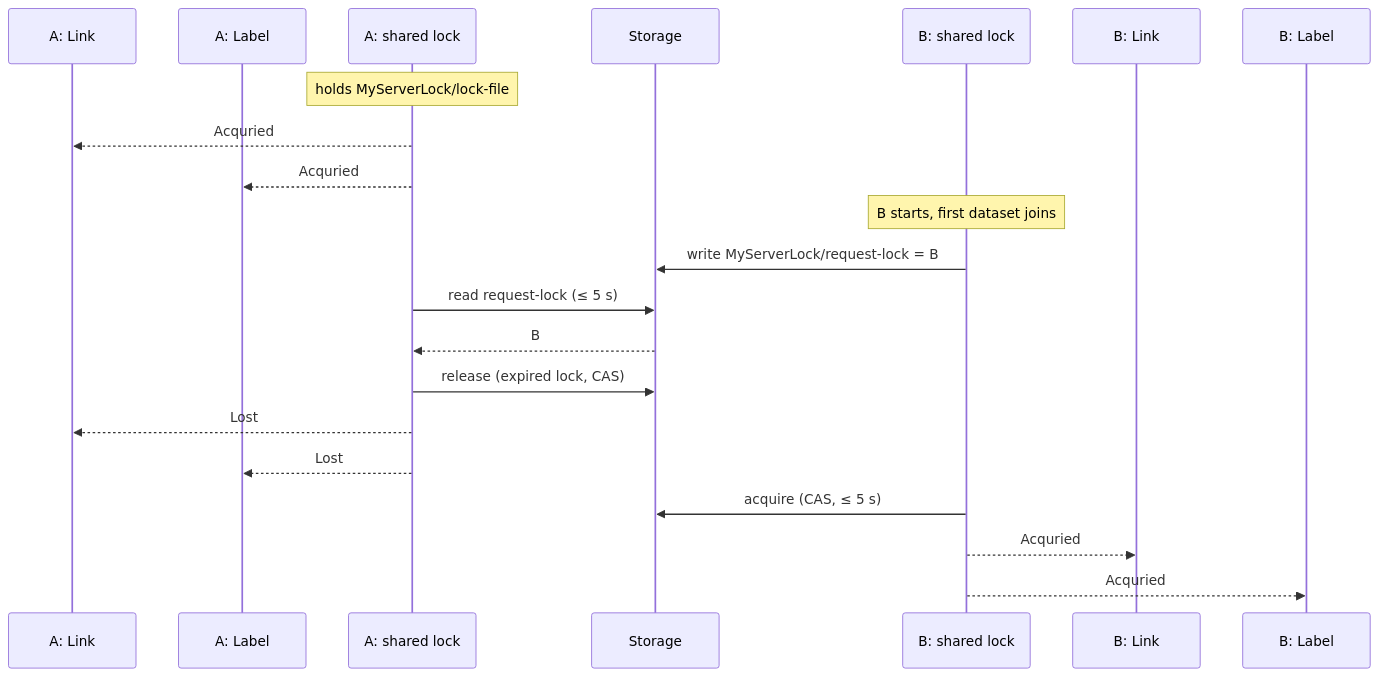
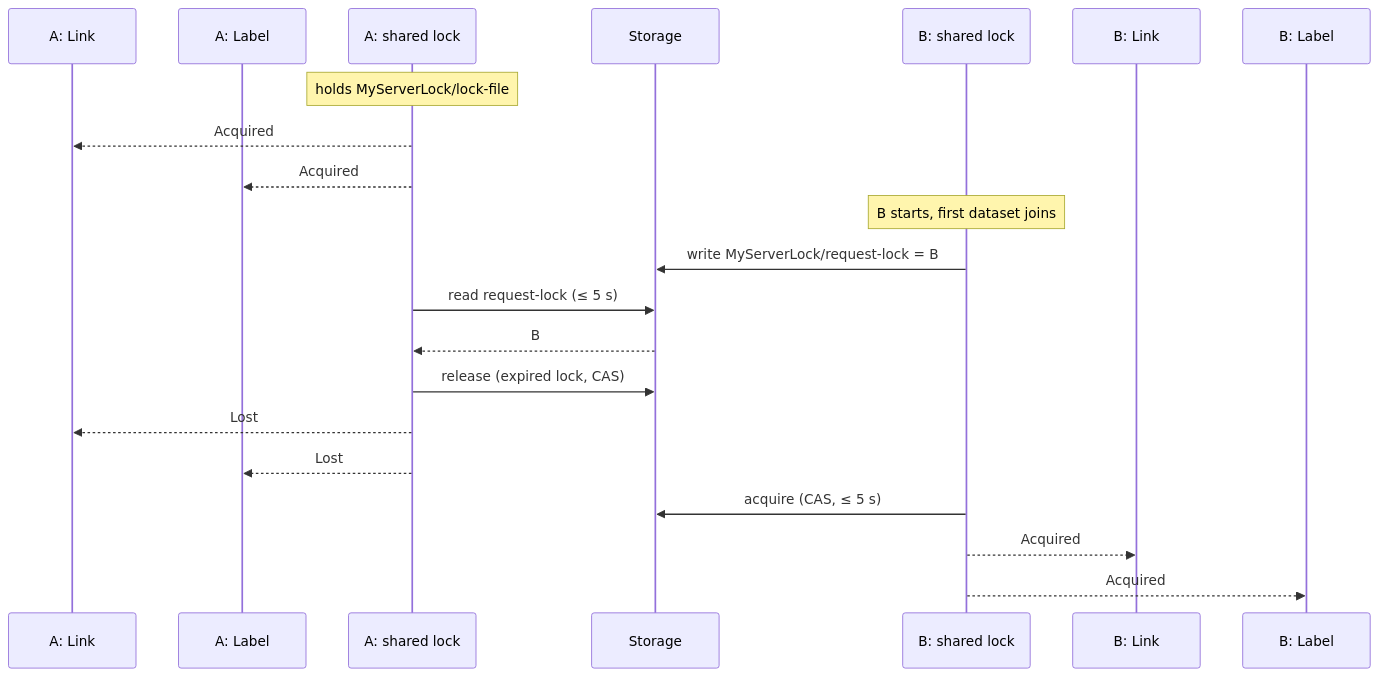
Before and after one commit to HighTech-Innovators/RxDatasets-dotnet: diagram 16 of 16 in docs/distributed-lock.md, drawn with Mermaid. The commit also changed other lines of this file and 3 other files, not shown here.

````diff
--- a/docs/distributed-lock.md
+++ b/docs/distributed-lock.md
@@ -497,23 +498,23 @@
 ```mermaid
 sequenceDiagram
     participant A1 as A: Link
     participant A2 as A: Label
     participant LA as A: shared lock
     participant S as Storage
     participant LB as B: shared lock
     participant B1 as B: Link
     participant B2 as B: Label
     Note over LA: holds MyServerLock/lock-file
-    LA-->>A1: Acquried
-    LA-->>A2: Acquried
+    LA-->>A1: Acquired
+    LA-->>A2: Acquired
     Note over LB: B starts, first dataset joins
     LB->>S: write MyServerLock/request-lock = B
     LA->>S: read request-lock (≤ 5 s)
     S-->>LA: B
     LA->>S: release (expired lock, CAS)
     LA-->>A1: Lost
     LA-->>A2: Lost
     LB->>S: acquire (CAS, ≤ 5 s)
-    LB-->>B1: Acquried
-    LB-->>B2: Acquried
+    LB-->>B1: Acquired
+    LB-->>B2: Acquired
 ```
````
